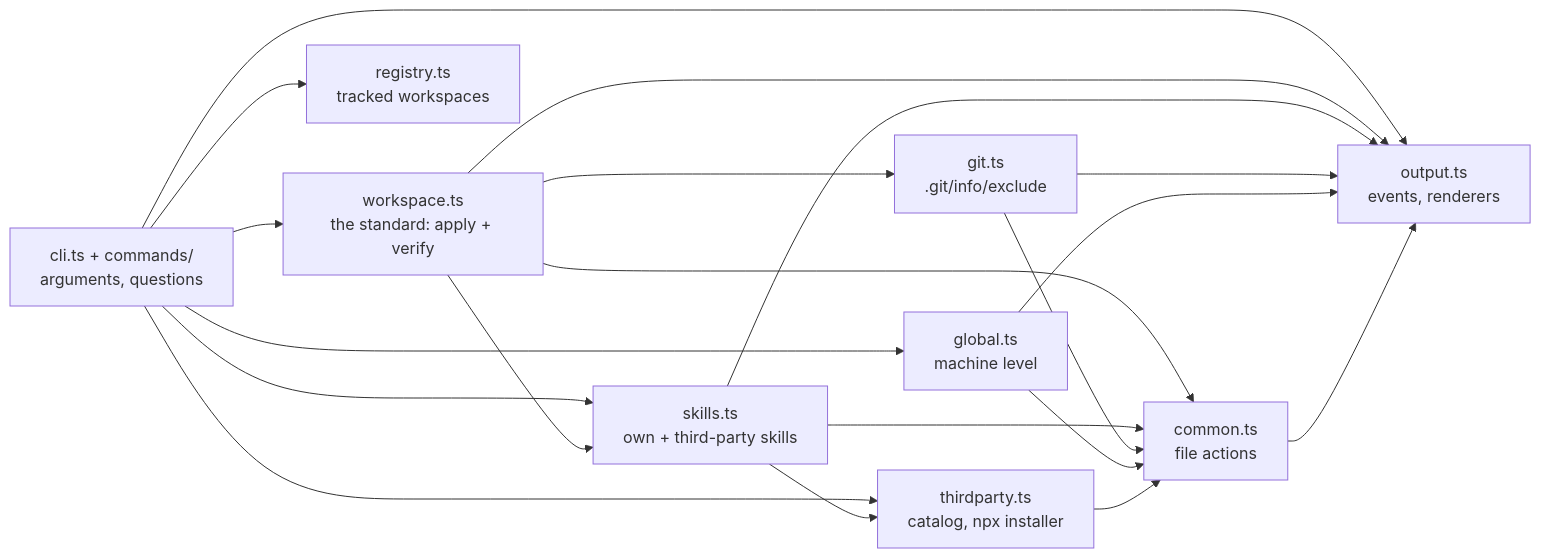
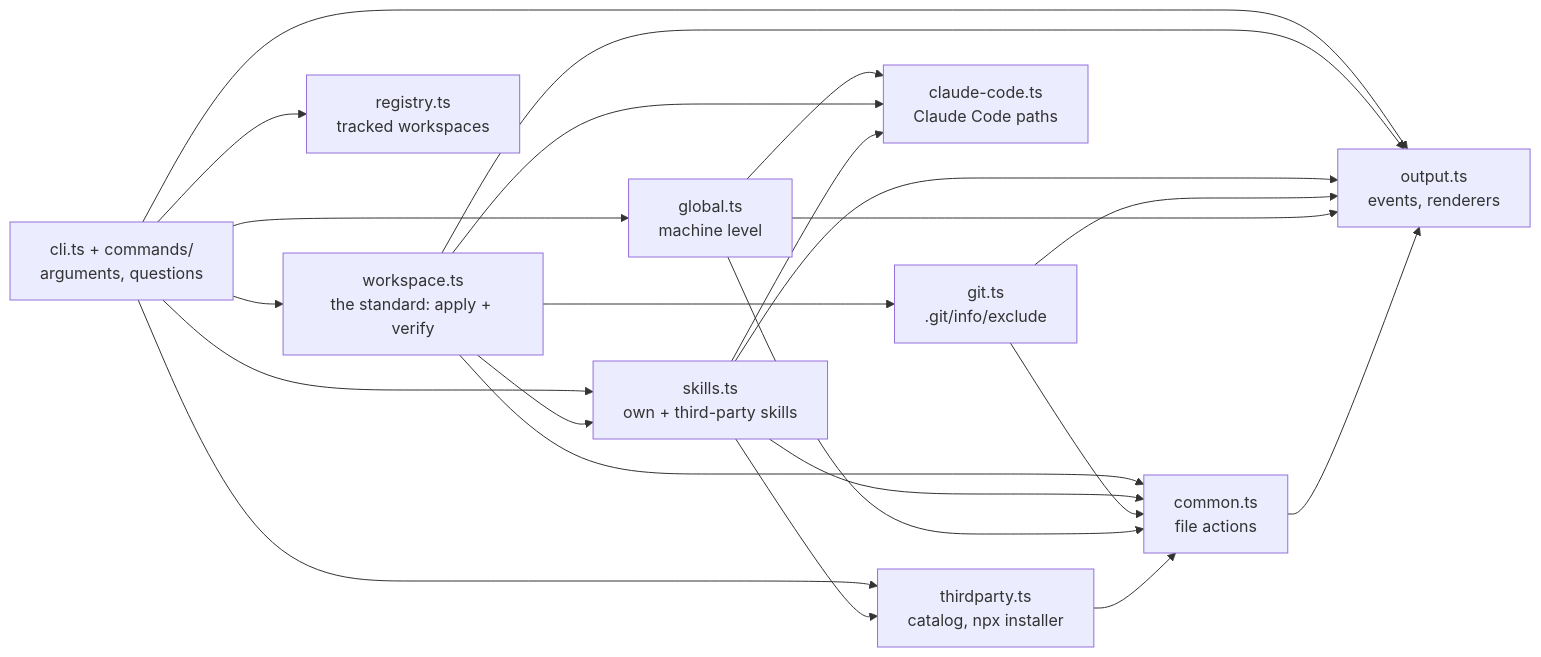
The diagram in docs/architecture.md (dotagents-org/dotagents-core), drawn with Mermaid before and after one commit. The commit also changed other lines of this file and 5 other files, not shown here.

Commit message:
♻️ refactor: gather claude code's config paths in lib/claude-code.ts

````diff
--- a/docs/architecture.md
+++ b/docs/architecture.md
@@ -30,18 +30,20 @@
 ```mermaid
 flowchart LR
     cli["cli.ts + commands/<br/>arguments, questions"]
     ws["workspace.ts<br/>the standard: apply + verify"]
     sk["skills.ts<br/>own + third-party skills"]
     tp["thirdparty.ts<br/>catalog, npx installer"]
     git["git.ts<br/>.git/info/exclude"]
     gl["global.ts<br/>machine level"]
+    cc["claude-code.ts<br/>Claude Code paths"]
     reg["registry.ts<br/>tracked workspaces"]
     common["common.ts<br/>file actions"]
     out["output.ts<br/>events, renderers"]
 
     cli --> ws & sk & gl & reg & tp
     ws --> sk & git
     sk --> tp
+    gl & ws & sk --> cc
     ws & sk & git & gl & tp --> common
     cli & ws & sk & git & gl & common --> out
 ```
````
